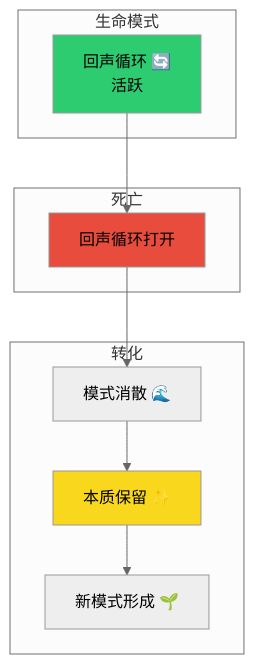
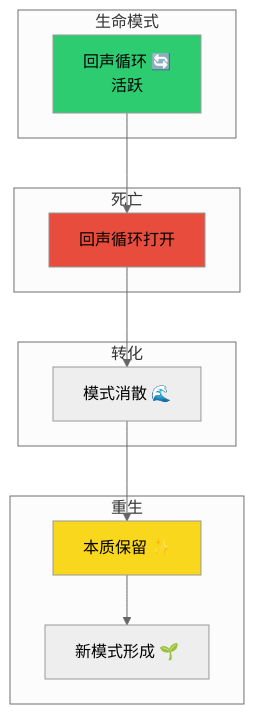
Before and after one commit to xinetzone/tao: the seventh of 9 diagrams in doc/libs/alltheory/psi-awakening-theory/popular-guide/diagrams.md, drawn with Mermaid (neutral theme). The commit also changed other lines of this file and 2 other files, not shown here.

First line of the commit message:
feat(docs): 优化文档图表显示并添加mermaid配置

````diff
--- a/doc/libs/alltheory/psi-awakening-theory/popular-guide/diagrams.md
+++ b/doc/libs/alltheory/psi-awakening-theory/popular-guide/diagrams.md
@@ -157,25 +169,28 @@
 ```{mermaid}
 graph TD
     subgraph "生命模式"
         L[回声循环 🔄<br/>活跃]
     end
     
     subgraph "死亡"
         D[回声循环打开]
     end
     
     subgraph "转化"
         T1[模式消散 🌊]
+    end
+    
+    subgraph "重生"
         T2[本质保留 ✨]
         T3[新模式形成 🌱]
     end
     
     L --> D
     D --> T1
     T1 --> T2
     T2 --> T3
     
     style L fill:#2ecc71
     style D fill:#e74c3c
     style T2 fill:#f9d71c
 ```
````
